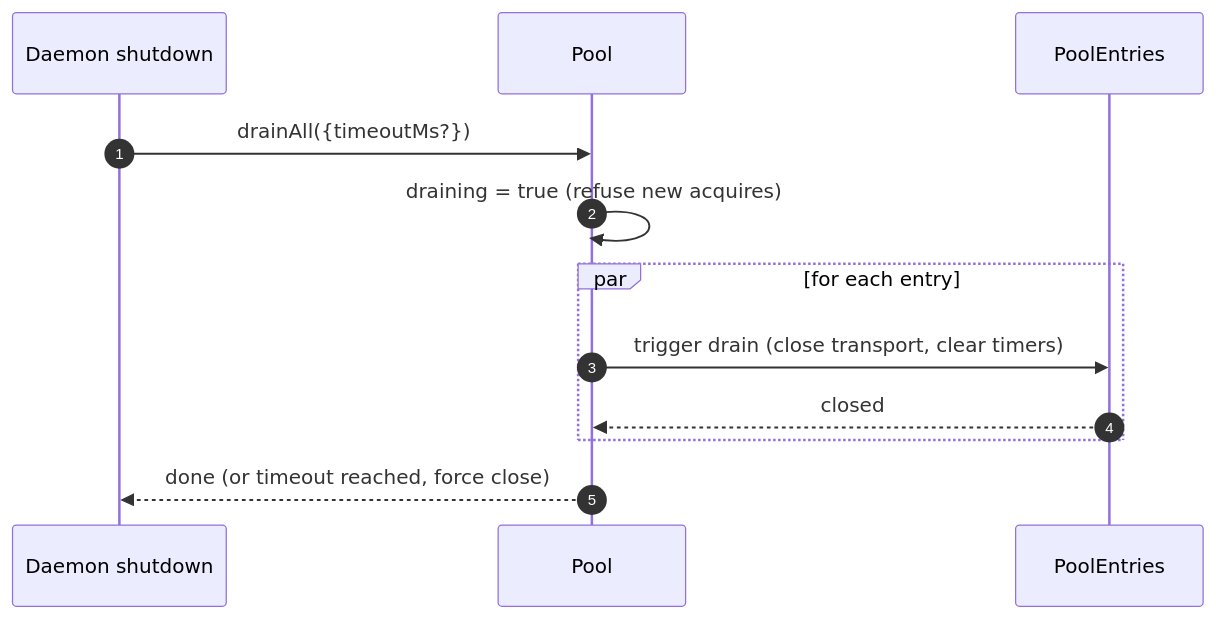
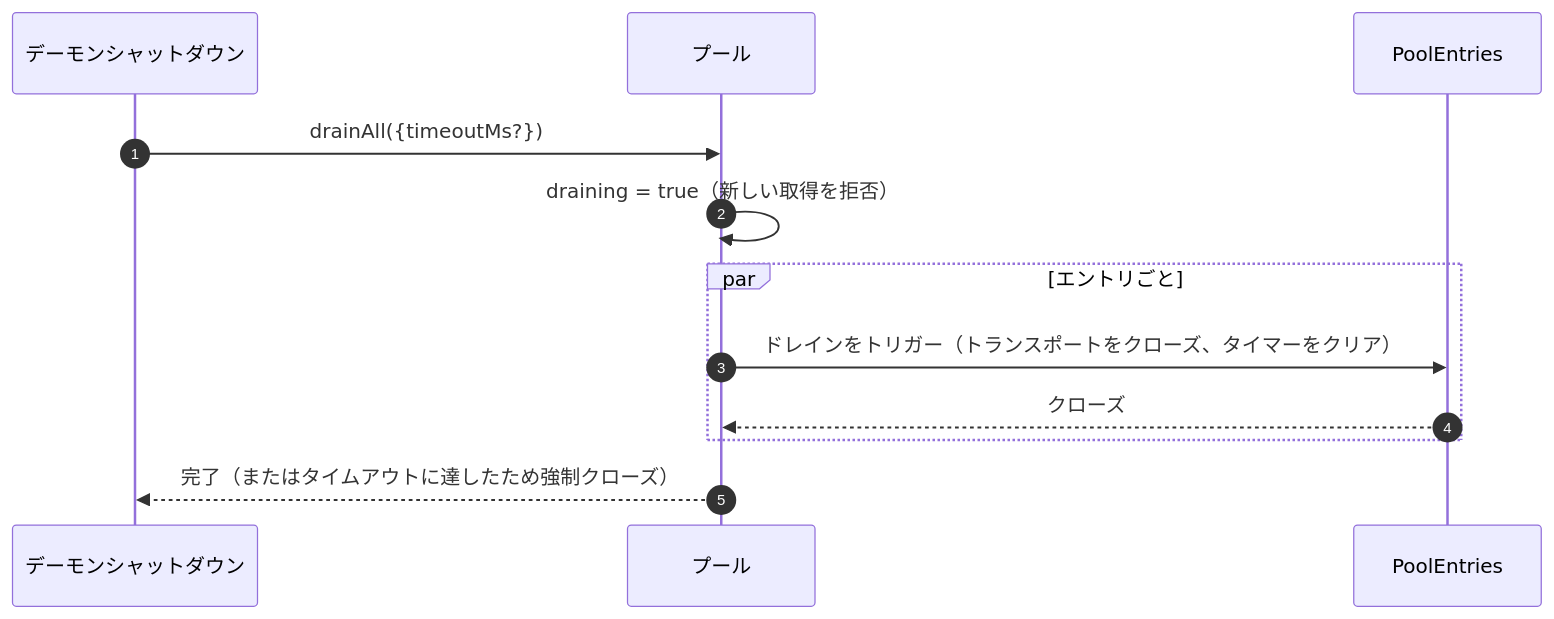
Before and after one commit to QwenLM/qwen-code-docs: the fourth of 4 diagrams in website/content/ja/developers/daemon/05-mcp-transport-pool.md, drawn with Mermaid. The commit also changed other lines of this file and 1077 other files, not shown here.

````diff
--- a/website/content/ja/developers/daemon/05-mcp-transport-pool.md
+++ b/website/content/ja/developers/daemon/05-mcp-transport-pool.md
@@ -206,15 +206,15 @@
 ```mermaid
 sequenceDiagram
     autonumber
-    participant D as Daemon shutdown
-    participant P as Pool
+    participant D as デーモンシャットダウン
+    participant P as プール
     participant E as PoolEntries
 
     D->>P: drainAll({timeoutMs?})
-    P->>P: draining = true (refuse new acquires)
-    par for each entry
-        P->>E: trigger drain (close transport, clear timers)
-        E-->>P: closed
+    P->>P: draining = true（新しい取得を拒否）
+    par エントリごと
+        P->>E: ドレインをトリガー（トランスポートをクローズ、タイマーをクリア）
+        E-->>P: クローズ
     end
-    P-->>D: done (or timeout reached, force close)
+    P-->>D: 完了（またはタイムアウトに達したため強制クローズ）
 ```
````
